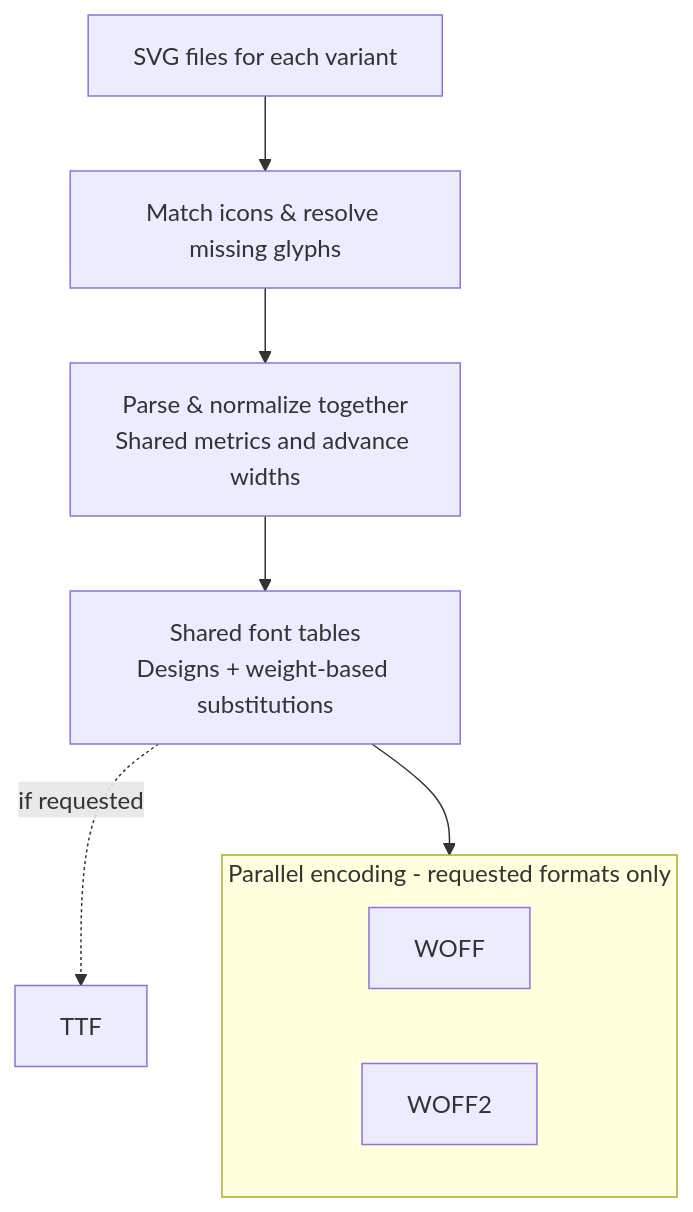
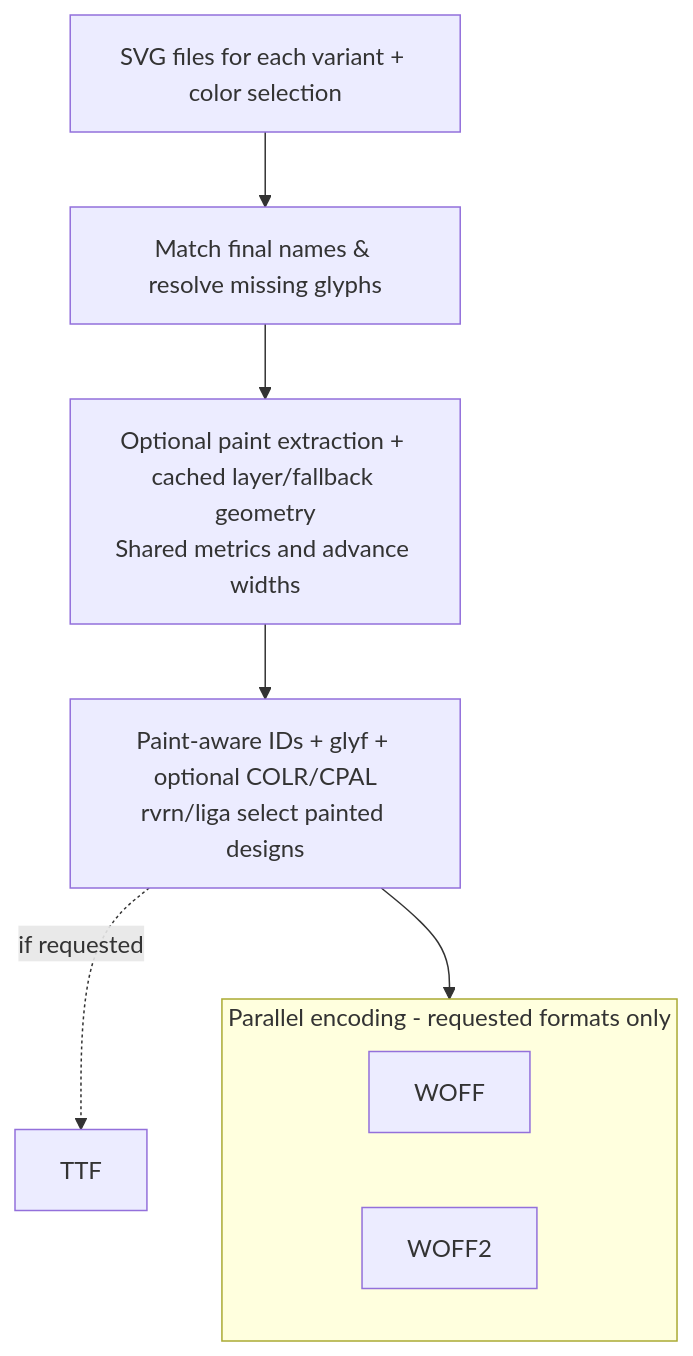
One commit to atlowChemi/vite-svg-2-webfont changed the second of 2 diagrams in packages/docs/webfont-generator/index.md. Above: the diagram before and after it, drawn with Mermaid. The commit also changed other lines of this file and 28 other files, not shown here.

````diff
--- a/packages/docs/webfont-generator/index.md
+++ b/packages/docs/webfont-generator/index.md
@@ -77,12 +77,12 @@
 ```mermaid
 flowchart TD
-    A[SVG files for each variant] --> B[Match icons &amp; resolve missing glyphs]
-    B --> C[Parse &amp; normalize together<br/>Shared metrics and advance widths]
-    C --> D[Shared font tables<br/>Designs + weight-based substitutions]
+    A[SVG files for each variant + color selection] --> B[Match final names &amp; resolve missing glyphs]
+    B --> C[Optional paint extraction + cached layer/fallback geometry<br/>Shared metrics and advance widths]
+    C --> D[Paint-aware IDs + glyf + optional COLR/CPAL<br/>rvrn/liga select painted designs]
     D -.->|if requested| E[TTF]
     D --> P
     subgraph P[Parallel encoding - requested formats only]
         F[WOFF]
         G[WOFF2]
     end
 ```
````
